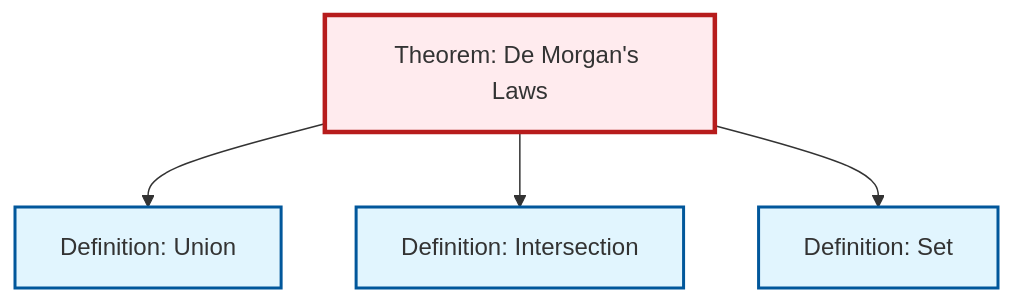
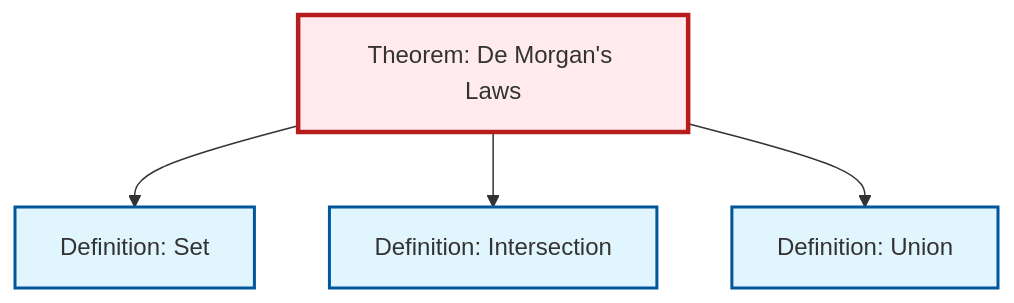
The diagram in content/en/logic-set-theory/thm-de-morgan.qmd (RK0429/ModernMath), drawn with Mermaid before and after one commit. The commit also changed other lines of this file and 360 other files, not shown here.

````diff
--- a/content/en/logic-set-theory/thm-de-morgan.qmd
+++ b/content/en/logic-set-theory/thm-de-morgan.qmd
@@ -78,20 +78,20 @@
 ```{mermaid}
 %%| fig-cap: "Local dependency graph"
 graph TD
     classDef definition fill:#e1f5fe,stroke:#01579b,stroke-width:2px
     classDef theorem fill:#f3e5f5,stroke:#4a148c,stroke-width:2px
     classDef axiom fill:#fff3e0,stroke:#e65100,stroke-width:2px
     classDef example fill:#e8f5e9,stroke:#1b5e20,stroke-width:2px
     classDef current fill:#ffebee,stroke:#b71c1c,stroke-width:3px
+    def-set["Definition: Set"]:::definition
     def-intersection["Definition: Intersection"]:::definition
+    def-union["Definition: Union"]:::definition
     thm-de-morgan["Theorem: De Morgan's Laws"]:::theorem
-    def-set["Definition: Set"]:::definition
-    def-union["Definition: Union"]:::definition
+    thm-de-morgan --> def-set
+    thm-de-morgan --> def-intersection
     thm-de-morgan --> def-union
-    thm-de-morgan --> def-intersection
-    thm-de-morgan --> def-set
     class thm-de-morgan current
+    click def-set "def-set.html" "Go to Set definition"
     click def-intersection "def-intersection.html" "Go to Intersection definition"
-    click def-set "def-set.html" "Go to Set definition"
     click def-union "def-union.html" "Go to Union definition"
 ```
````
